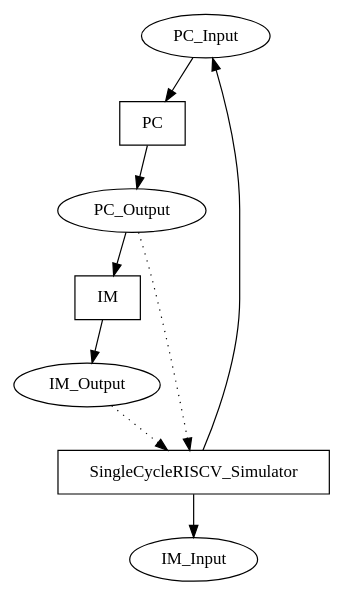
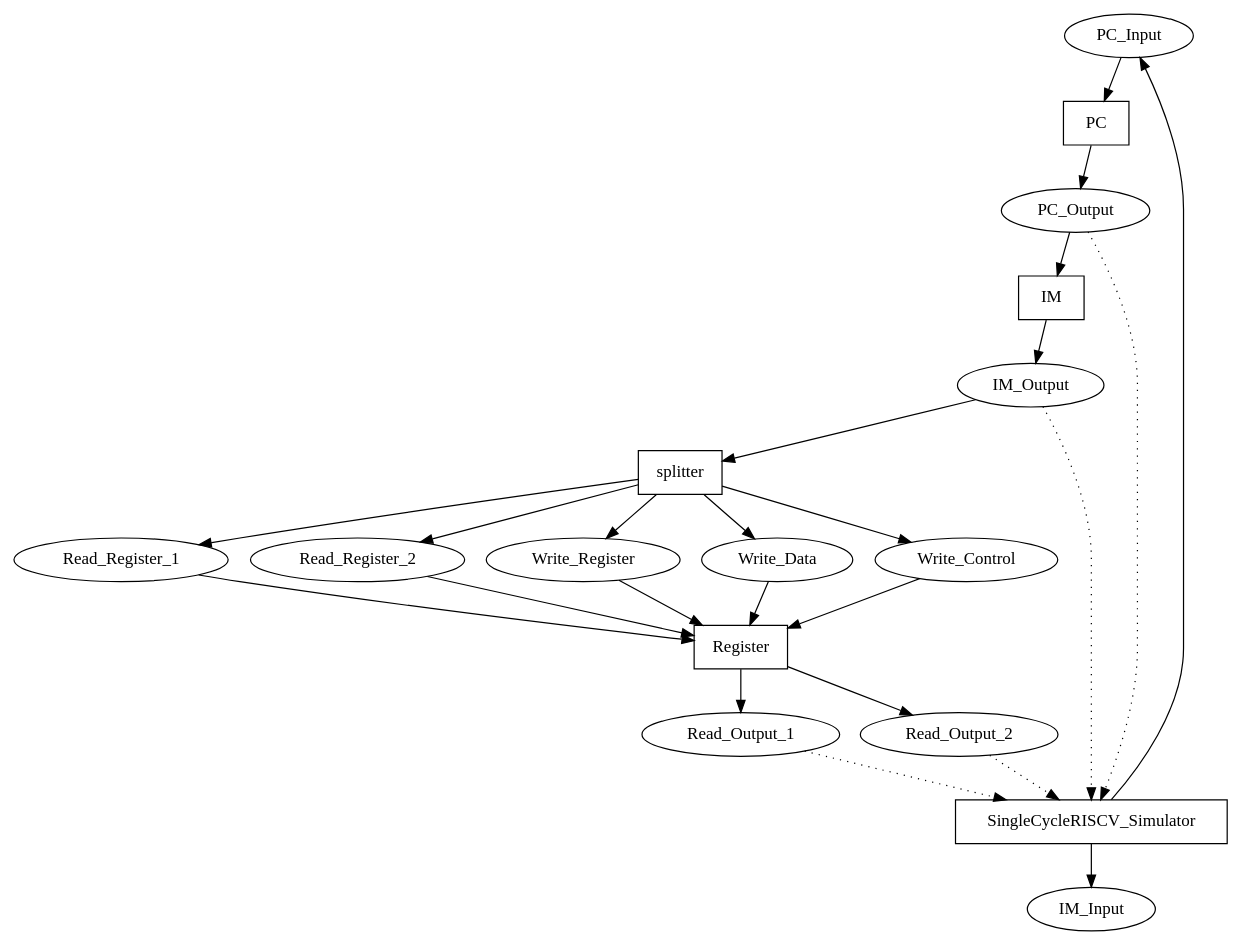
The diagram in SME_Implementations/SingleCycleRISCV/output/network.dot (DanielRamyar/Master_Thesis), drawn with Graphviz before and after one commit. The commit also changed 27 other files, not shown here.

```diff
--- a/SME_Implementations/SingleCycleRISCV/output/network.dot
+++ b/SME_Implementations/SingleCycleRISCV/output/network.dot
@@ -1,17 +1,41 @@
 digraph SingleCycleRISCV {
 "PC_Input" [shape=oval];
 "PC_Output" [shape=oval];
+"IM_Output" [shape=oval];
+"Read_Register_1" [shape=oval];
+"Read_Register_2" [shape=oval];
+"Write_Register" [shape=oval];
+"Write_Data" [shape=oval];
+"Write_Control" [shape=oval];
 "IM_Input" [shape=oval];
-"IM_Output" [shape=oval];
+"Read_Output_1" [shape=oval];
+"Read_Output_2" [shape=oval];
 "PC" [shape=box];
 "IM" [shape=box];
+"splitter" [shape=box];
+"Register" [shape=box];
 "SingleCycleRISCV_Simulator" [shape=box];
 "PC_Input" -> "PC";
 "PC_Output" -> "IM";
+"IM_Output" -> "splitter";
+"Read_Register_1" -> "Register";
+"Read_Register_2" -> "Register";
+"Write_Register" -> "Register";
+"Write_Data" -> "Register";
+"Write_Control" -> "Register";
 "SingleCycleRISCV_Simulator" -> "PC_Input";
 "SingleCycleRISCV_Simulator" -> "IM_Input";
 "PC" -> "PC_Output";
 "IM" -> "IM_Output";
+"splitter" -> "Read_Register_1";
+"splitter" -> "Read_Register_2";
+"splitter" -> "Write_Register";
+"splitter" -> "Write_Data";
+"splitter" -> "Write_Control";
+"Register" -> "Read_Output_1";
+"Register" -> "Read_Output_2";
 "PC_Output" -> "SingleCycleRISCV_Simulator" [style=dotted];
 "IM_Output" -> "SingleCycleRISCV_Simulator" [style=dotted];
+"Read_Output_1" -> "SingleCycleRISCV_Simulator" [style=dotted];
+"Read_Output_2" -> "SingleCycleRISCV_Simulator" [style=dotted];
 }
```
